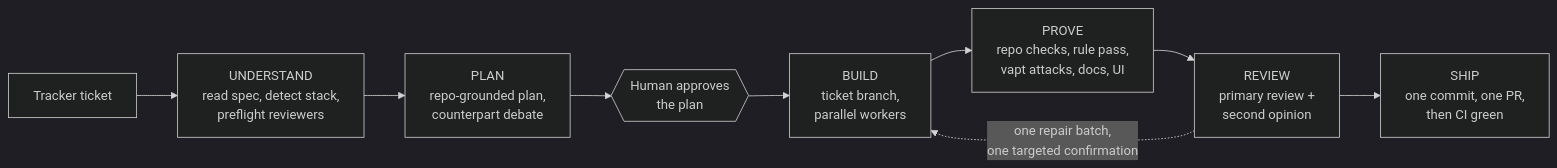
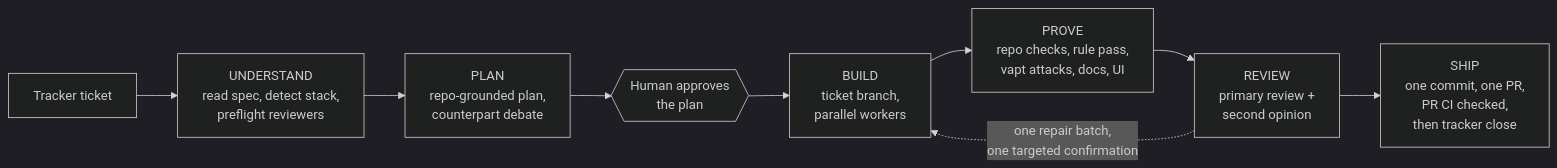
Before and after one commit to AhmedAbdelfattah0/AI-Skills: the first of 2 diagrams in README.md, drawn with Mermaid (dark theme). The commit also changed other lines of this file and 19 other files, not shown here.

````diff
--- a/README.md
+++ b/README.md
@@ -40,11 +99,11 @@
 ```mermaid
 flowchart LR
   T["Tracker ticket"] --> U["UNDERSTAND<br/>read spec, detect stack,<br/>preflight reviewers"]
   U --> P["PLAN<br/>repo-grounded plan,<br/>counterpart debate"]
   P --> H{{"Human approves<br/>the plan"}}
   H --> B["BUILD<br/>ticket branch,<br/>parallel workers"]
   B --> V["PROVE<br/>repo checks, rule pass,<br/>vapt attacks, docs, UI"]
   V --> R["REVIEW<br/>primary review +<br/>second opinion"]
-  R --> S["SHIP<br/>one commit, one PR,<br/>then CI green"]
+  R --> S["SHIP<br/>one commit, one PR,<br/>PR CI checked,<br/>then tracker close"]
   R -. "one repair batch,<br/>one targeted confirmation" .-> B
 ```
````
